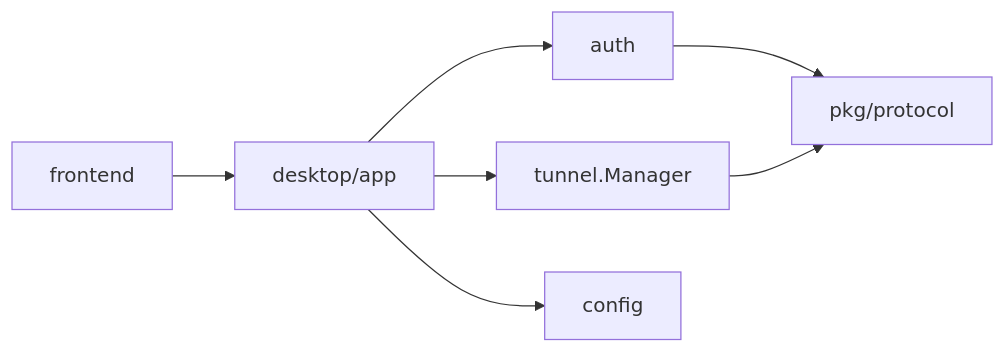
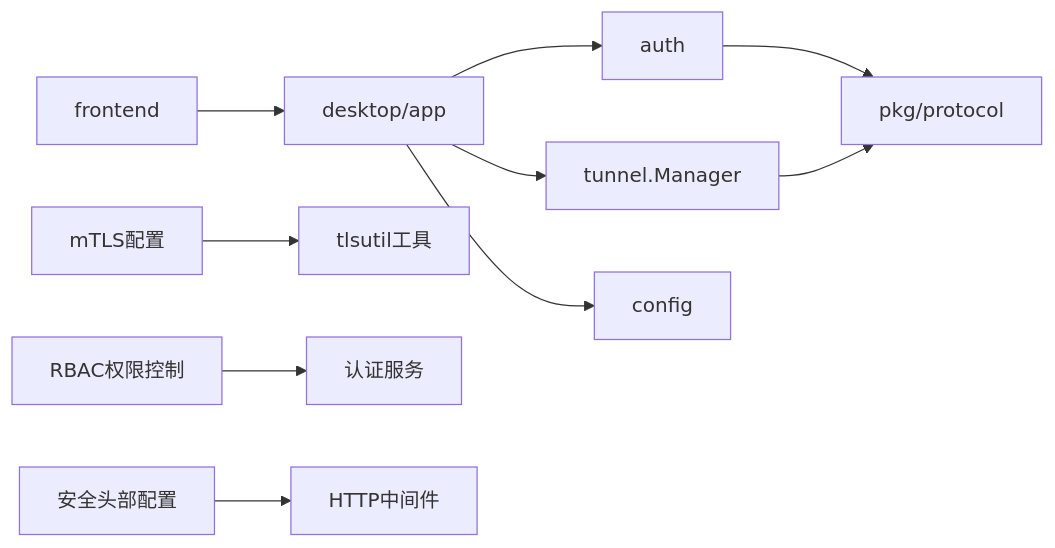
One commit to itsharex/NexTunnel changed diagram 12 of 12 in .qoder/repowiki/zh/content/桌面端应用/认证系统/认证系统.md. Above: the diagram before and after it, drawn with Mermaid. The commit also changed other lines of this file and 61 other files, not shown here.

````diff
--- a/.qoder/repowiki/zh/content/桌面端应用/认证系统/认证系统.md
+++ b/.qoder/repowiki/zh/content/桌面端应用/认证系统/认证系统.md
@@ -282,9 +529,12 @@
 ```mermaid
 graph LR
 Auth["auth"] --> Proto["pkg/protocol"]
 TMgr["tunnel.Manager"] --> Proto
 App["desktop/app"] --> Auth
 App --> Cfg["config"]
 App --> TMgr
+MTLS["mTLS配置"] --> TLSUtil["tlsutil工具"]
+RBAC["RBAC权限控制"] --> AuthSrv["认证服务"]
+SecHdr["安全头部配置"] --> HTTP["HTTP中间件"]
 FE["frontend"] --> App
 ```
````
